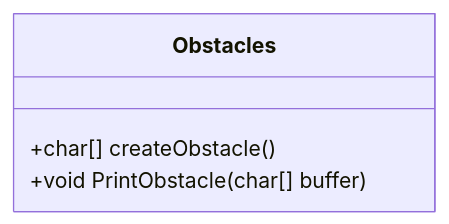
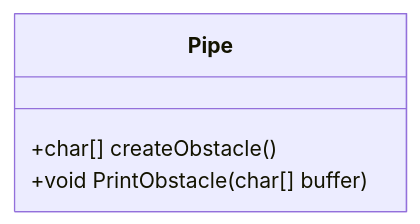
One commit to NexusWeave/MVP-FlappyBird-cs changed the seventh of 7 diagrams in dokumentasjon/diagram/klasse-diagram.md. Above: the diagram before and after it, drawn with Mermaid. The commit also changed other lines of this file, not shown here.

Commit message:
Fix class names in klasse-diagram.md for consistency and clarity

````diff
--- a/dokumentasjon/diagram/klasse-diagram.md
+++ b/dokumentasjon/diagram/klasse-diagram.md
@@ -87,9 +97,9 @@
 ```mermaid
     classDiagram
         direction TD
 
-        class Obstacles {
+        class Pipe {
             +char[] createObstacle()
             +void PrintObstacle(char[] buffer)
         }
 ```
````
